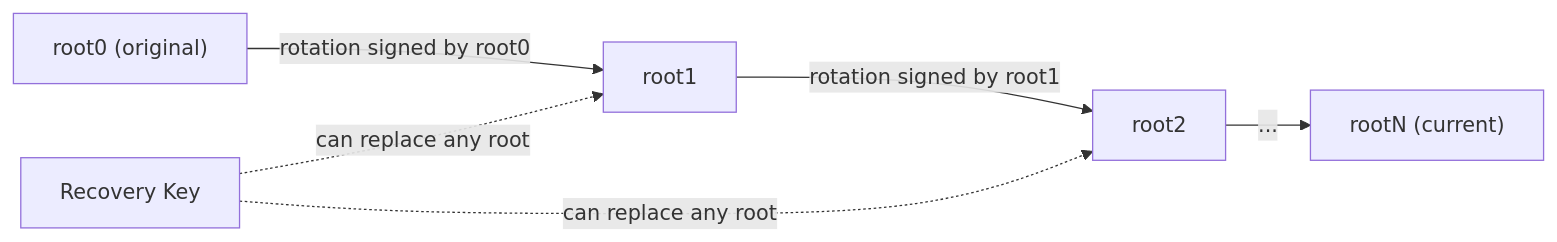
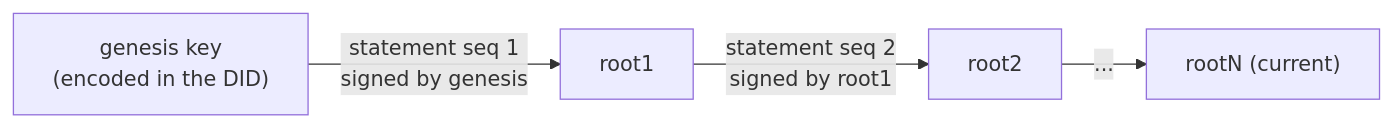
Before and after one commit to syr-is/syr: the first of 2 diagrams in apps/docs/app/src/routes/architecture/recovery-rotation/+page.md, drawn with Mermaid. The commit also changed other lines of this file and 59 other files, not shown here.

First line of the commit message:
Root-key rotation chain + verifiable signed exports; plural-registry framing (#57)

````diff
--- a/apps/docs/app/src/routes/architecture/recovery-rotation/+page.md
+++ b/apps/docs/app/src/routes/architecture/recovery-rotation/+page.md
@@ -156,9 +24,9 @@
 ```mermaid
 flowchart LR
-    Root0["root0 (original)"] -->|"rotation signed by root0"| Root1["root1"]
-    Root1 -->|"rotation signed by root1"| Root2["root2"]
+    Genesis["genesis key
+    (encoded in the DID)"] -->|"statement seq 1
+    signed by genesis"| Root1["root1"]
+    Root1 -->|"statement seq 2
+    signed by root1"| Root2["root2"]
     Root2 -->|"..."| RootN["rootN (current)"]
-
-    Recovery["Recovery Key"] -.->|"can replace any root"| Root1
-    Recovery -.->|"can replace any root"| Root2
 ```
````
